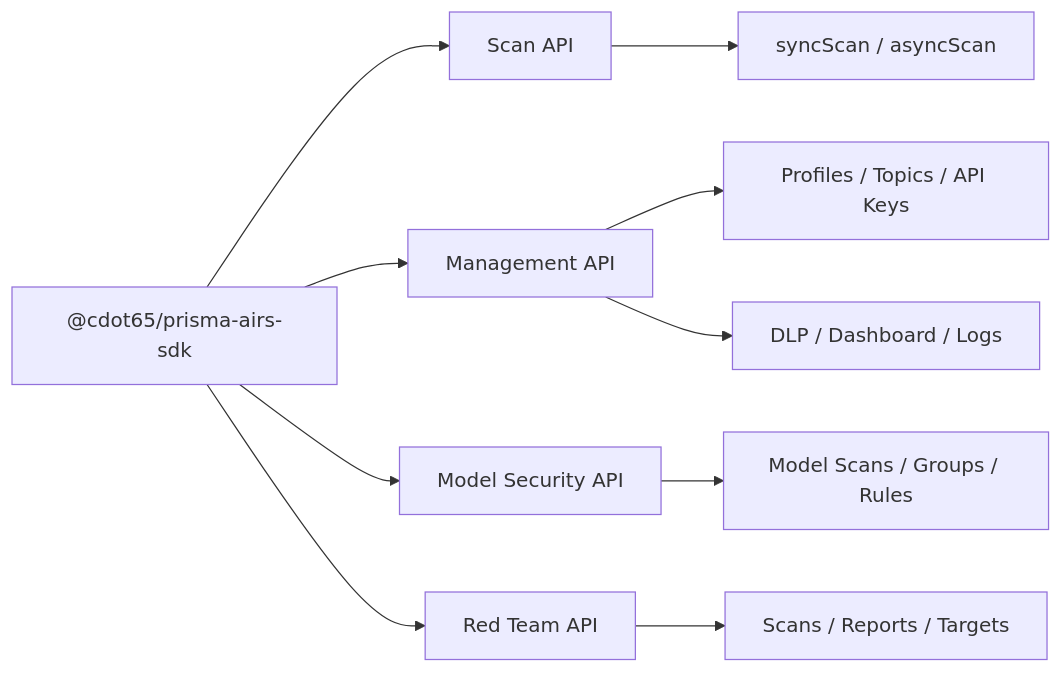
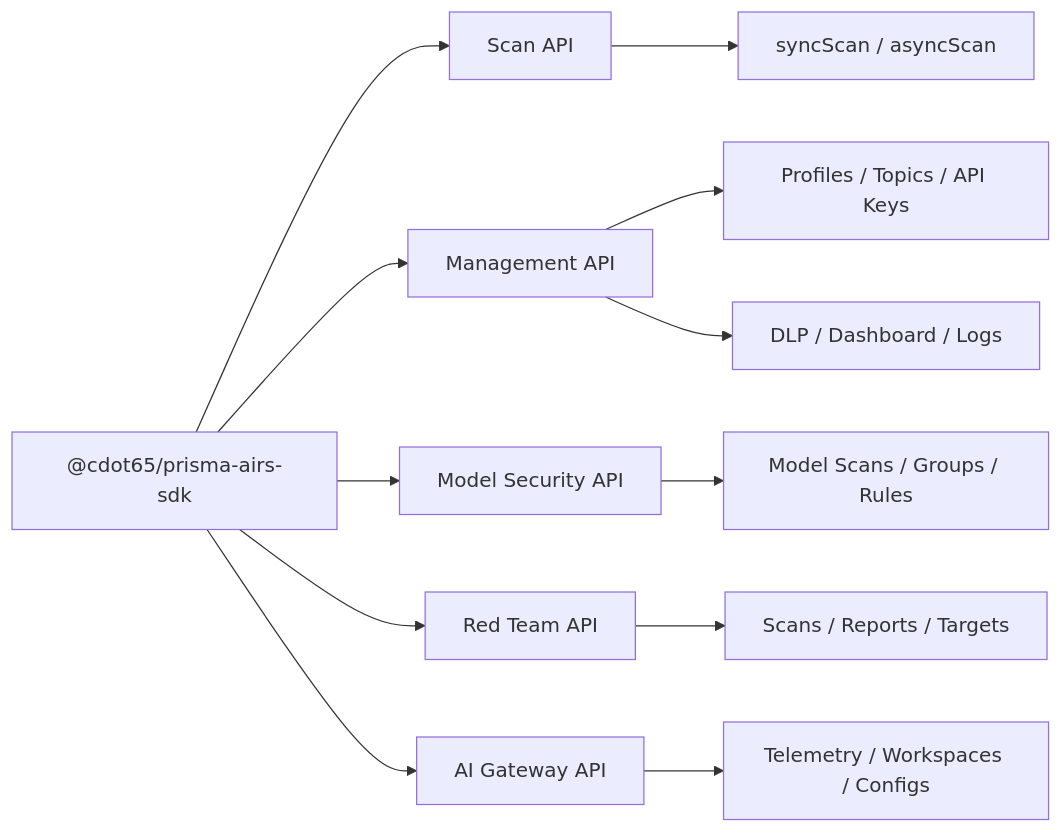
The diagram in docs-site/docs/index.mdx (cdot65/prisma-airs-sdk), drawn with Mermaid before and after one commit. The commit also changed other lines of this file and 31 other files, not shown here.

````diff
--- a/docs-site/docs/index.mdx
+++ b/docs-site/docs/index.mdx
@@ -37,14 +38,16 @@
 ```mermaid
 flowchart LR
     SDK["@cdot65/prisma-airs-sdk"]
     SDK --> SCAN["Scan API"]
     SDK --> MGMT["Management API"]
     SDK --> MSEC["Model Security API"]
     SDK --> RTAM["Red Team API"]
+    SDK --> AIGW["AI Gateway API"]
 
     SCAN --> S1["syncScan / asyncScan"]
     MGMT --> M1["Profiles / Topics / API Keys"]
     MGMT --> M2["DLP / Dashboard / Logs"]
     MSEC --> MS1["Model Scans / Groups / Rules"]
     RTAM --> RT1["Scans / Reports / Targets"]
+    AIGW --> GW1["Telemetry / Workspaces / Configs"]
 ```
````
